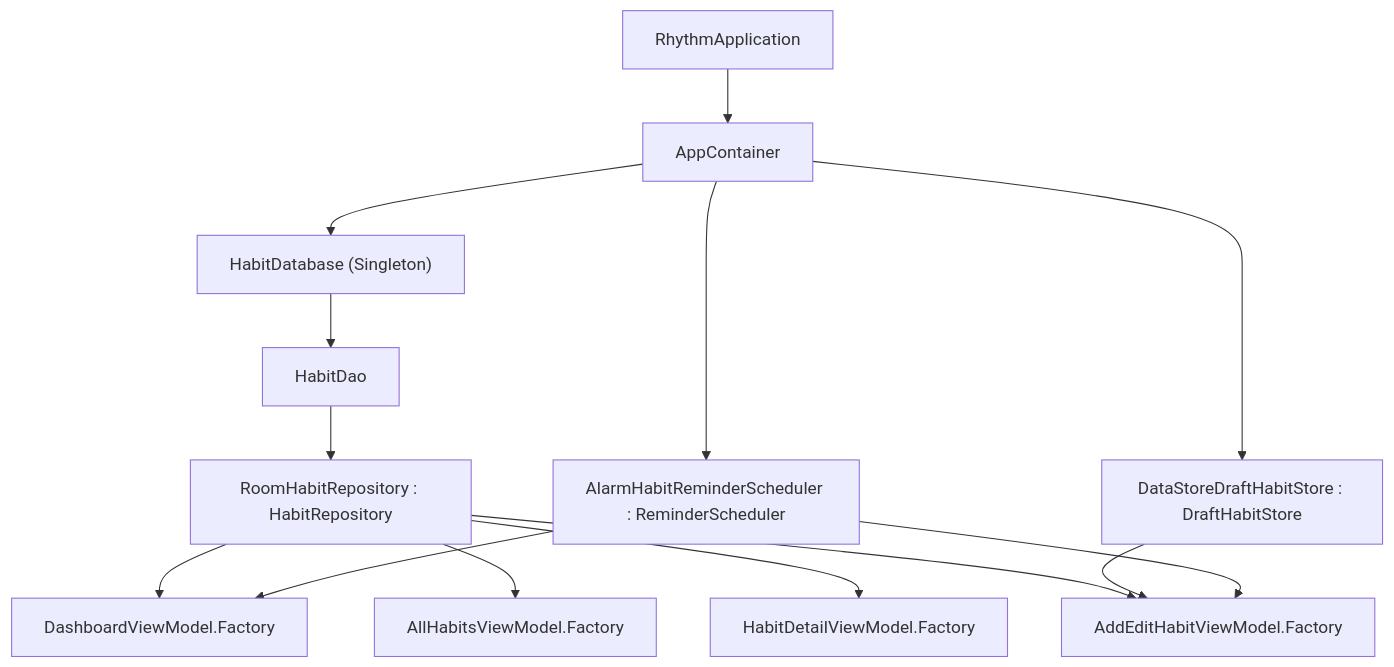
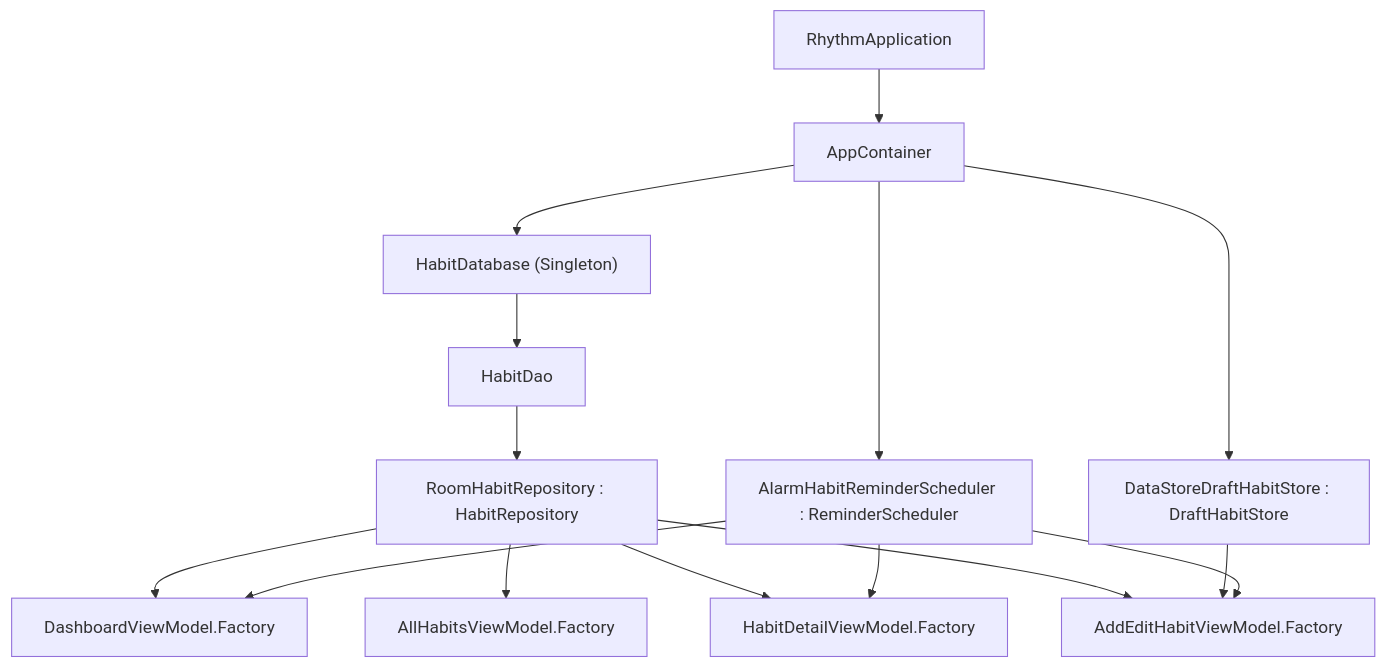
One commit to Vlad2000Andrei/rhythm changed the first of 6 diagrams in docs/architecture.md. Above: the diagram before and after it, drawn with Mermaid. The commit also changed other lines of this file and 36 other files, not shown here.

First line of the commit message:
Add effective-dated habit edits, modular Room v5 schema, and habit pausing

````diff
--- a/docs/architecture.md
+++ b/docs/architecture.md
@@ -72,19 +72,20 @@
 ```mermaid
 flowchart TD
     App["RhythmApplication"] --> Container["AppContainer"]
     Container --> DB["HabitDatabase (Singleton)"]
     DB --> DAO["HabitDao"]
     DAO --> Repo["RoomHabitRepository : HabitRepository"]
     Container --> Draft["DataStoreDraftHabitStore : DraftHabitStore"]
     Container --> Sched["AlarmHabitReminderScheduler : ReminderScheduler"]
 
     Repo --> DashFactory["DashboardViewModel.Factory"]
     Sched --> DashFactory
 
     Repo --> AllFactory["AllHabitsViewModel.Factory"]
     Repo --> DetailFactory["HabitDetailViewModel.Factory"]
+    Sched --> DetailFactory
 
     Repo --> AddEditFactory["AddEditHabitViewModel.Factory"]
     Draft --> AddEditFactory
     Sched --> AddEditFactory
 ```
````
